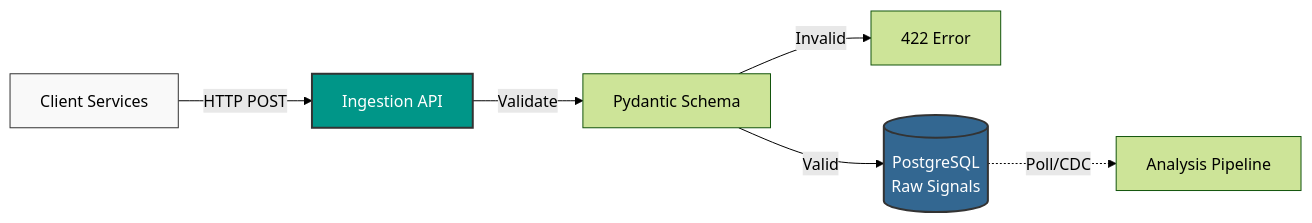
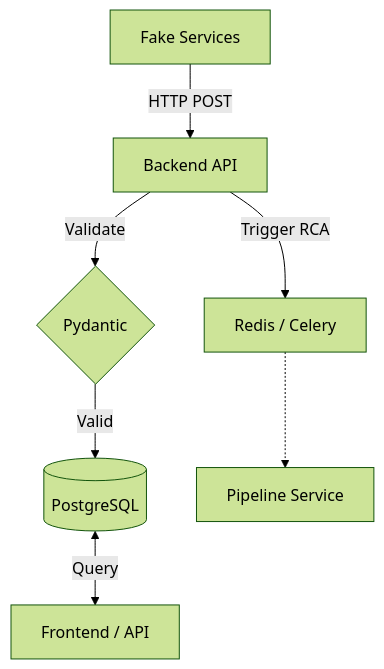
Before and after one commit to Parth20401/prodsentinel-backend: the diagram in README.md, drawn with Mermaid (forest theme). The commit also changed other lines of this file and 11 other files, not shown here.

Commit message:
Updated the service in alignment to prodsentinel-pipeline

````diff
--- a/README.md
+++ b/README.md
@@ -22,12 +30,9 @@
 ```mermaid
-graph LR
-    Client[Client Services] -->|HTTP POST| API[Ingestion API]
-    API -->|Validate| Schema[Pydantic Schema]
-    Schema -->|Valid| DB[(PostgreSQL<br/>Raw Signals)]
-    Schema -->|Invalid| 422[422 Error]
-    DB -.->|Poll/CDC| Pipeline[Analysis Pipeline]
-    
-    style API fill:#009688,stroke:#333,stroke-width:2px,color:white
-    style DB fill:#336791,stroke:#333,stroke-width:2px,color:white
-    style Client fill:#f9f9f9,stroke:#333
+graph TD
+    A[Fake Services] -->|HTTP POST| B[Backend API]
+    B -->|Validate| C{Pydantic}
+    C -->|Valid| D[(PostgreSQL)]
+    B -->|Trigger RCA| E[Redis / Celery]
+    E -.-> F[Pipeline Service]
+    D <-->|Query| G[Frontend / API]
 ```
````
